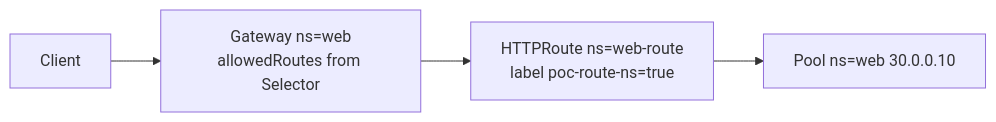
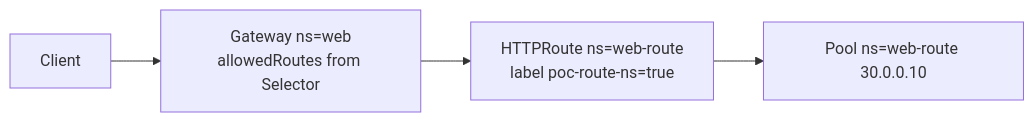
One commit to mink0119/2609_f5bnk changed the diagram in Advanced_Feature/3.1_CrossNamespace_From/README.md. Above: the diagram before and after it, drawn with Mermaid. The commit also changed other lines of this file and 80 other files, not shown here.

````diff
--- a/Advanced_Feature/3.1_CrossNamespace_From/README.md
+++ b/Advanced_Feature/3.1_CrossNamespace_From/README.md
@@ -5,6 +8,6 @@
 ```mermaid
 flowchart LR
   C[Client] --> GW["Gateway ns=web<br/>allowedRoutes from Selector"]
   GW --> R["HTTPRoute ns=web-route<br/>label poc-route-ns=true"]
-  R --> P1["Pool ns=web 30.0.0.10"]
+  R --> P1["Pool ns=web-route 30.0.0.10"]
 ```
````
